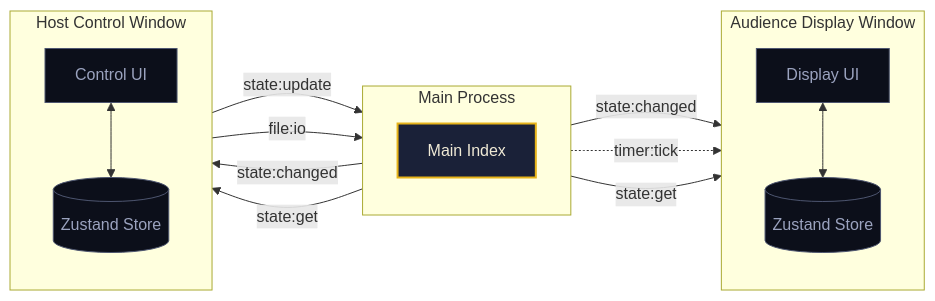
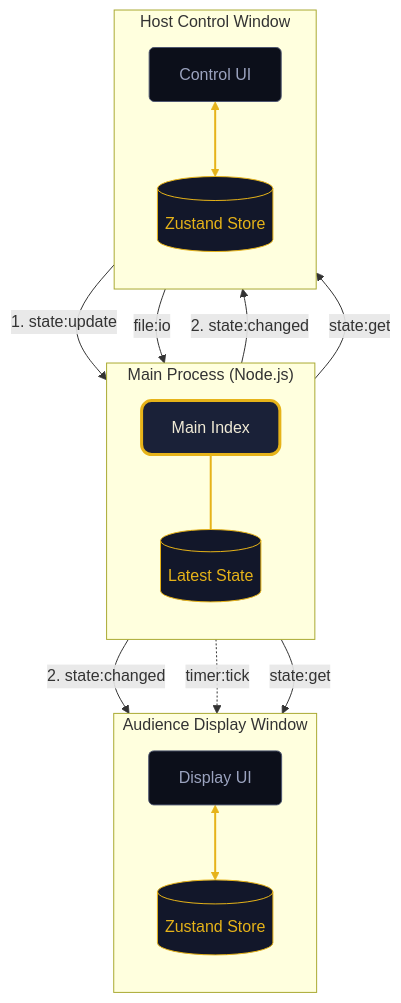
Before and after one commit to xMinhx/jeopardy-studio: the diagram in README.md, drawn with Mermaid. The commit also changed 1 other file, not shown here.

Commit message:
fix: resolve IDE CSS warnings and polish architecture diagram

````diff
--- a/README.md
+++ b/README.md
@@ -134,34 +134,44 @@
 ```mermaid
-graph LR
-    classDef main fill:#1a2138,stroke:#e6b319,stroke-width:2px,color:#f0ead6;
-    classDef renderer fill:#0c0f1a,stroke:#4e5670,stroke-width:1px,color:#9ba3bf;
-    classDef highlight fill:#e6b319,stroke:#f5c736,stroke-width:2px,color:#0c0f1a,font-weight:bold;
+graph TD
+    %% Theme Configuration
+    classDef main fill:#1a2138,stroke:#e6b319,stroke-width:3px,color:#f0ead6,rx:10,ry:10;
+    classDef renderer fill:#0c0f1a,stroke:#4e5670,stroke-width:1px,color:#9ba3bf,rx:5,ry:5;
+    classDef store fill:#12172a,stroke:#e6b319,stroke-width:1px,color:#e6b319,rx:20,ry:20;
+    classDef action fill:#e6b319,stroke:#f5c736,stroke-width:2px,color:#0c0f1a,font-weight:bold;
 
-    subgraph Main ["Main Process"]
+    subgraph Main ["Main Process (Node.js)"]
         direction TB
-        M[Main Index]:::main
+        M_IDX[Main Index]:::main
+        M_LATEST[(Latest State)]:::store
+        M_IDX --- M_LATEST
     end
 
-    subgraph Control ["Host Control Window"]
+    subgraph Host ["Host Control Window"]
         direction TB
-        C[Control UI]:::renderer
-        CStore[(Zustand Store)]:::renderer
-        C <--> CStore
+        C_UI[Control UI]:::renderer
+        C_ST[(Zustand Store)]:::store
+        C_UI <--> C_ST
     end
 
-    subgraph Display ["Audience Display Window"]
+    subgraph Audience ["Audience Display Window"]
         direction TB
-        D[Display UI]:::renderer
-        DStore[(Zustand Store)]:::renderer
-        D <--> DStore
+        D_UI[Display UI]:::renderer
+        D_ST[(Zustand Store)]:::store
+        D_UI <--> D_ST
     end
 
-    C -- "state:update" --> M
-    M -- "state:changed" --> D
-    M -- "state:changed" --> C
-    M -. "timer:tick" .-> D
+    %% Communication Flow
+    C_UI -- "1. state:update" --> M_IDX
+    M_IDX -- "2. state:changed" --> D_UI
+    M_IDX -- "2. state:changed" --> C_UI
     
-    C -- "file:io" --> M
-    M -- "state:get" --> CStore
-    M -- "state:get" --> DStore
+    M_IDX -. "timer:tick" .-> D_UI
+    C_UI -- "file:io" --> M_IDX
+
+    %% Initialization
+    M_IDX -- "state:get" --> C_ST
+    M_IDX -- "state:get" --> D_ST
+
+    %% Styling
+    linkStyle 0,1,2 stroke:#e6b319,stroke-width:2px;
 ```
````
